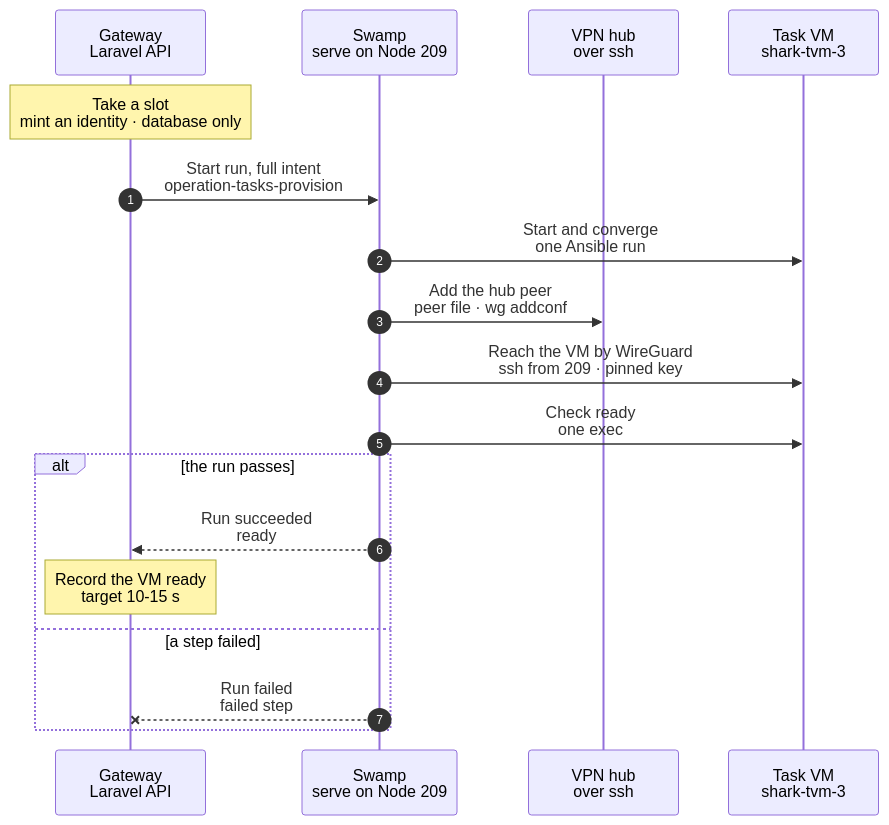
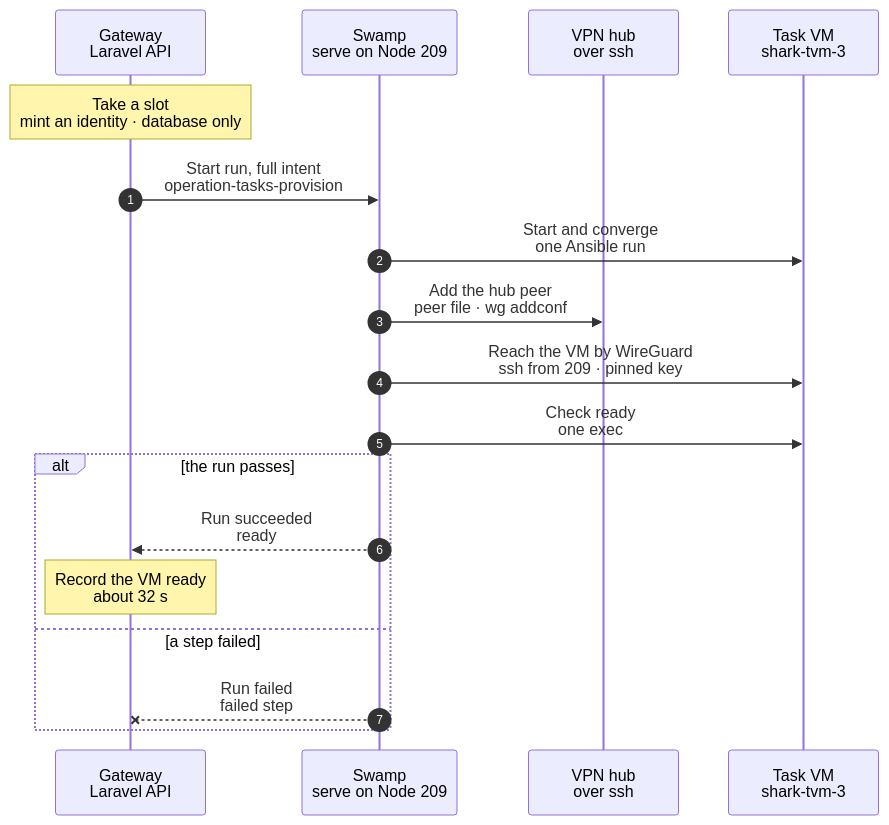
One commit to hardimpactdev/orbit changed the diagram in docs/cli/tasks/provision.mmd. Above: the diagram before and after it, drawn with Mermaid.

Commit message:
provision chart: the measured start time and where it goes

```diff
--- a/docs/cli/tasks/provision.mmd
+++ b/docs/cli/tasks/provision.mmd
@@ -1,55 +1,58 @@
 sequenceDiagram
   %% Target design (agreed with Nick, 2026-11-07): a task start copies the host's base VM snapshot and gives the copy a fresh identity. There are no fixed slot identities: a slot is only a place under the host's capacity (`max_vms`), and the VM is named `<host>-tvm-<n>` by its slot number.
   %% status: draft
   %% command: tasks:provision
   %% kind: tasks.provision
   autonumber
   %% lane GW icon=gateway pill=intent tone=blue
   %% lane SW icon=workflow pill=executes tone=green
   %% lane HUB icon=server pill=target tone=purple
   %% lane VM icon=server pill=task VM tone=purple
   participant GW as Gateway<br/>Laravel API
   participant SW as Swamp<br/>serve on Node 209
   participant HUB as VPN hub<br/>over ssh
   participant VM as Task VM<br/>shark-tvm-3
   Note over GW: Take a slot<br/>mint an identity · database only
   %%> Started by:
   %%> - `tasks:provision` for a todo group, from proof CI or feature work
   %%> Result:
   %%> - the lowest free slot number under the capacity of the host with the most room: `shark-tvm-3`
   %%> - a fresh identity: the Node record with its `app-dev` role, a WireGuard key pair, the agent secret and an SSH host key, pinned on the Node from the start so nothing is read back
   %%> - the claim's Pi token and Pi models file in the vault; the file holds the model router guard origin and the one fixed model key, the same for every VM
   GW->>SW: Start run, full intent<br/>operation-tasks-provision
   SW->>VM: Start and converge<br/>one Ansible run
   %%> What it does:
   %%> - one `ansible-playbook` run with two parts, and no second start: the host part runs on the task VM host over ssh, then the converge runs on the VM over WireGuard
   %%> - host part: `incus copy` of the base VM's recorded snapshot and a clone of its seed snapshot (ZFS clones); an identity volume of the VM with the identity and the claim (the Pi token and the Pi models file), pushed from the vault on stdin; then `incus start`. It waits for nothing in the guest
   %%> - Pi calls the guard with the fixed key from the VM's own WireGuard address; the start makes no model router call and registers no key
-  %%> - at boot, the base's `orbit-identity` unit applies the identity volume before sshd, WireGuard and the agent start, then unmounts it; sshd answers over WireGuard about 6 s after the start
+  %%> - at boot, the base's `orbit-identity` unit applies the identity volume before sshd, WireGuard and the agent start, then unmounts it; sshd answers over WireGuard about 12 s after the start (measured 2026-11-07)
   %%> - the containers start by themselves (`boot.autostart`) and already hold the proof Swamp Club key of the base
   %%> - converge part: the same Ansible converge as the release refresh, with the address and host key of the admission; it starts as soon as sshd answers and reads nothing back from the host
   %%> - the glue is one write of the intent and the step that builds the playbook input and starts Ansible; nothing is read from the host
   %%> - with no delta every part is skipped, each phase as one skipped task (a dynamic include), and it catches up a small delta when main moved since the last release
   %%> - the nested Gateway's services restart only when `apps/gateway` changed since the base, and its agent delivery manifest is placed only when the pinned agent build changed; a commit that changes neither does neither
   %%> - the containers' `base` snapshots belong to the refresh: a task start never retakes them
   %%> - then the new task branch on the checkout; it waits for no nested service
   SW->>HUB: Add the hub peer<br/>peer file · wg addconf
   %%> Runs beside the step before it: Swamp starts both at once.
   %%> What it does:
   %%> - the VM's public key and address on the WireGuard hub, while the VM boots; the converge part waits for the connection, and the readiness steps below wait for this step
   SW->>VM: Reach the VM by WireGuard<br/>ssh from 209 · pinned key
   %%> What it does:
   %%> - the path every later step takes (sync, check, turn, script): ssh from a Swamp worker to the VM's WireGuard address with its pinned host key
   %%> - runs beside the readiness read
   SW->>VM: Check ready<br/>one exec
   %%> What it does:
   %%> - what a task needs: the agent, Pi, the tunnel and the three containers running; Swamp's `assert` decides
   %%> - the tunnel counts as up once WireGuard has a handshake with the hub; the hub answers no ping from a task VM
   alt the run passes
     SW-->>GW: Run succeeded<br/>ready
-    Note over GW: Record the VM ready<br/>target 10-15 s
+    Note over GW: Record the VM ready<br/>about 32 s
+    %%> Measured 2026-11-07, three starts on a current base: 32-34 s from admission to ready:
+    %%> - Ansible start and input 2 s; host part 8 s; the wait for sshd 12 s; the converge 6 s (all parts skipped, task branch made); readiness 2 s
+    %%> - a start whose commit is a few commits past the base adds the nested Gateway's migrate and restart, about 8 s when `apps/gateway` changed
   else a step failed
     SW--xGW: Run failed<br/>failed step
     %%> On failure:
     %%> - the release runs: the VM, its seed clone, its identity volume, the hub peer, the keys and the Node record go, and the slot is free
   end
```
